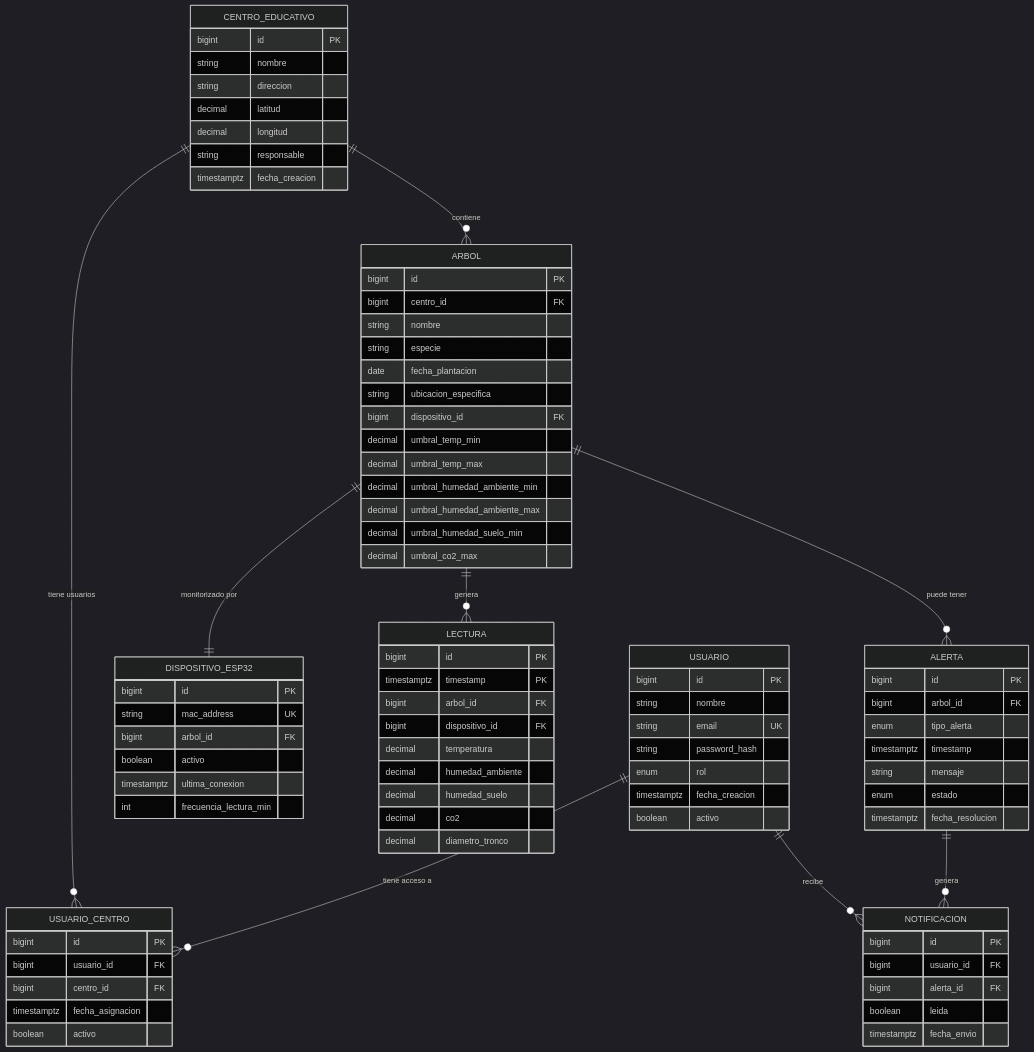
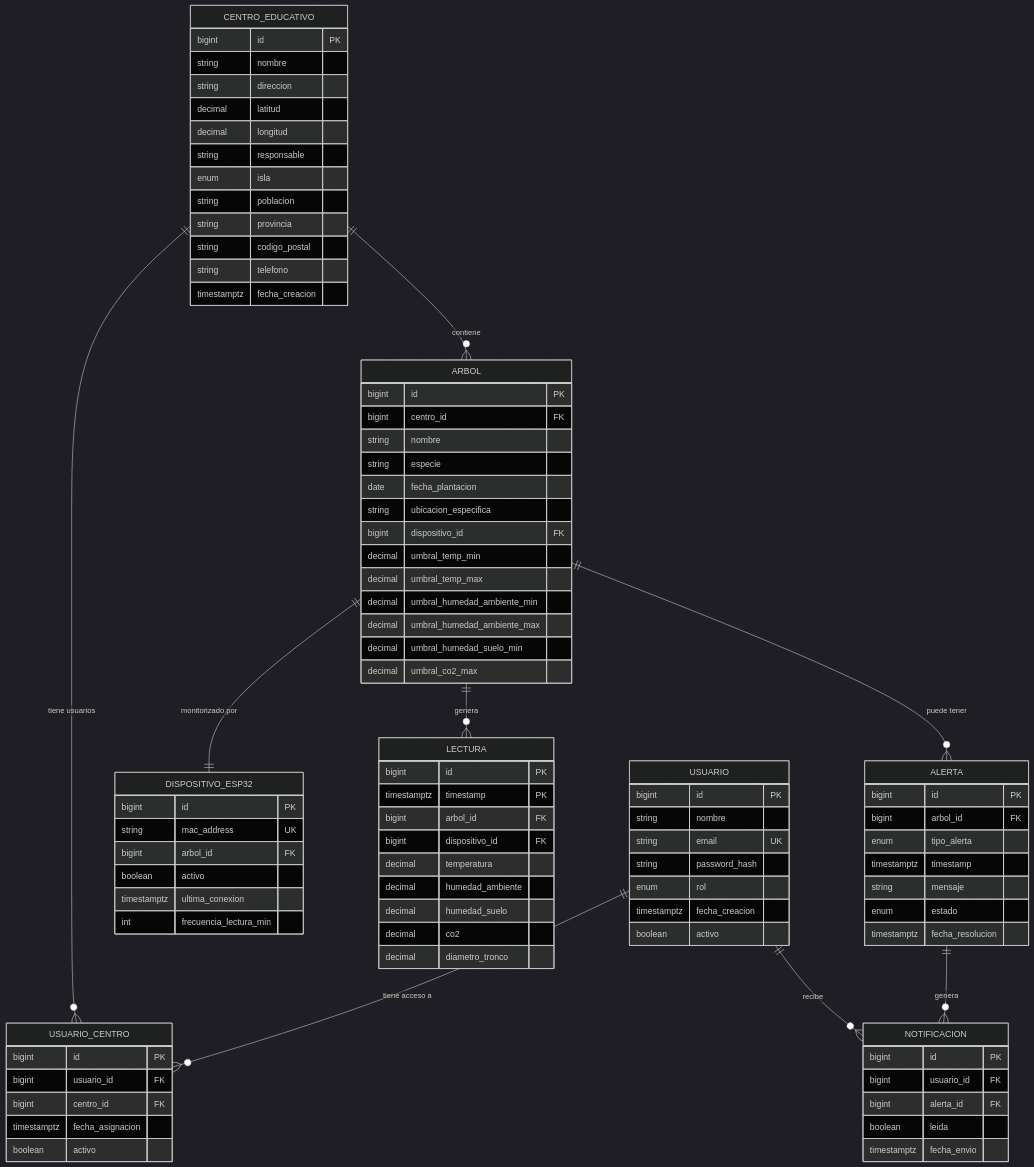
The first of 2 diagrams in docs/04. MODELO_DATOS.md (riordi80/vocational-training-final-project), drawn with Mermaid (dark theme) before and after one commit. The commit also changed other lines of this file, not shown here.

```diff
--- a/docs/04. MODELO_DATOS.md
+++ b/docs/04. MODELO_DATOS.md
@@ -72,6 +73,11 @@
         decimal latitud
         decimal longitud
         string responsable
+        enum isla
+        string poblacion
+        string provincia
+        string codigo_postal
+        string telefono
         timestamptz fecha_creacion
     }
 
```
